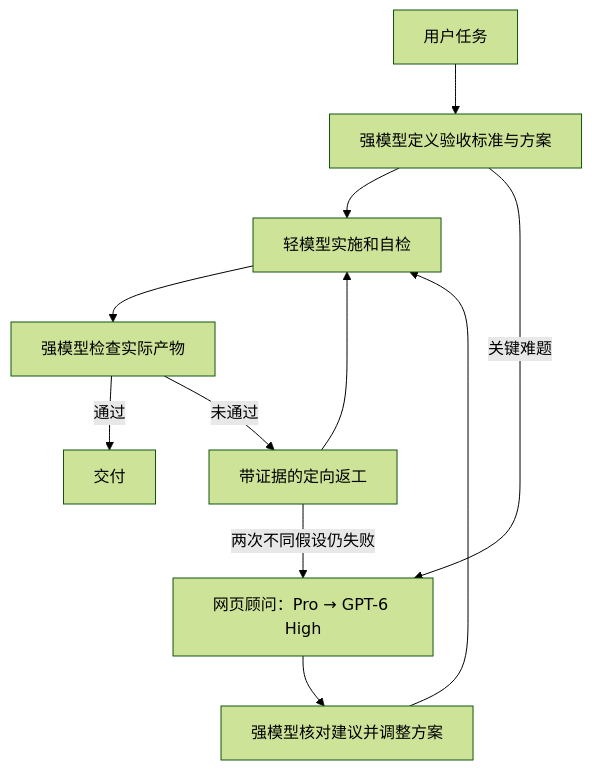
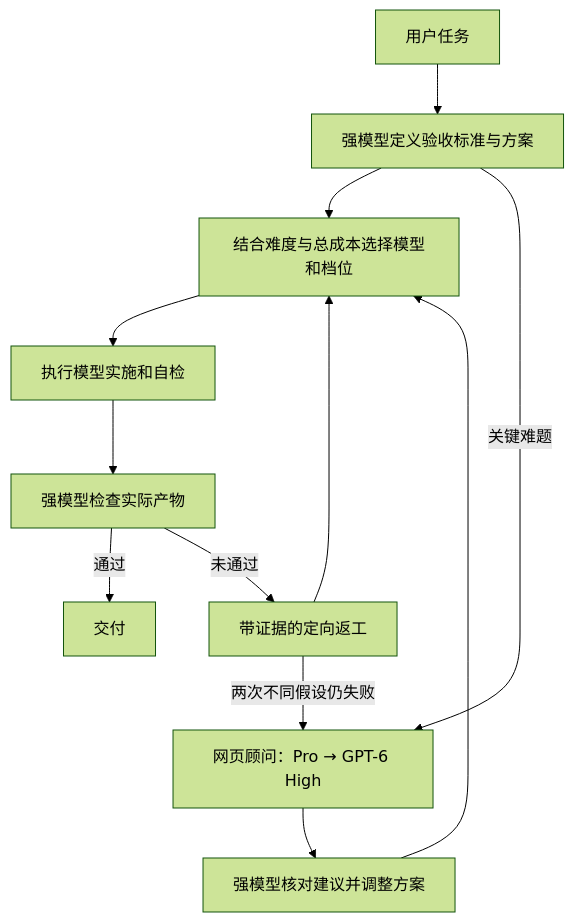
One commit to umuworld/token-saver changed the diagram in README.md. Above: the diagram before and after it, drawn with Mermaid (forest theme). The commit also changed other lines of this file and 2 other files, not shown here.

````diff
--- a/README.md
+++ b/README.md
@@ -17,13 +19,14 @@
 ```mermaid
 flowchart TD
     A[用户任务] --> B[强模型定义验收标准与方案]
-    B --> C[轻模型实施和自检]
+    B --> S[结合难度与总成本选择模型和档位]
+    S --> C[执行模型实施和自检]
     C --> D[强模型检查实际产物]
     D -->|通过| E[交付]
     D -->|未通过| F[带证据的定向返工]
-    F --> C
+    F --> S
     B -->|关键难题| G[网页顾问：Pro → GPT-6 High]
     F -->|两次不同假设仍失败| G
     G --> H[强模型核对建议并调整方案]
-    H --> C
+    H --> S
 ```
````
